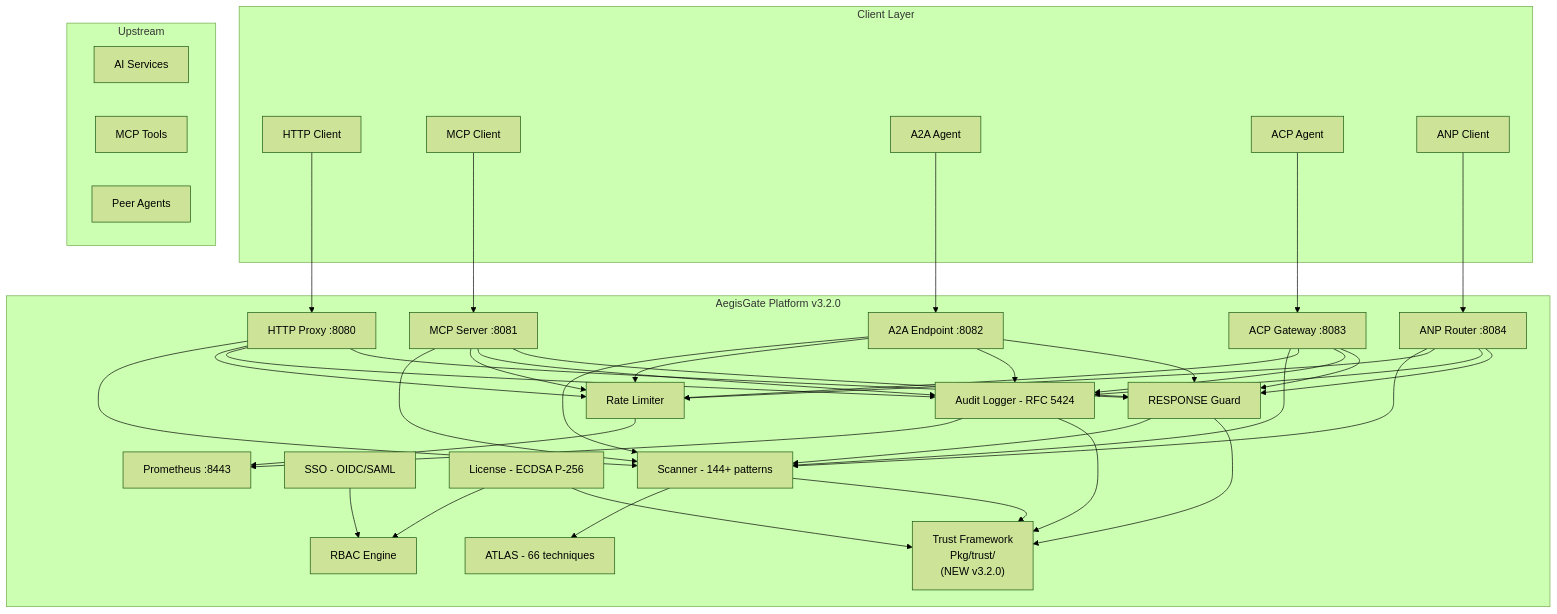
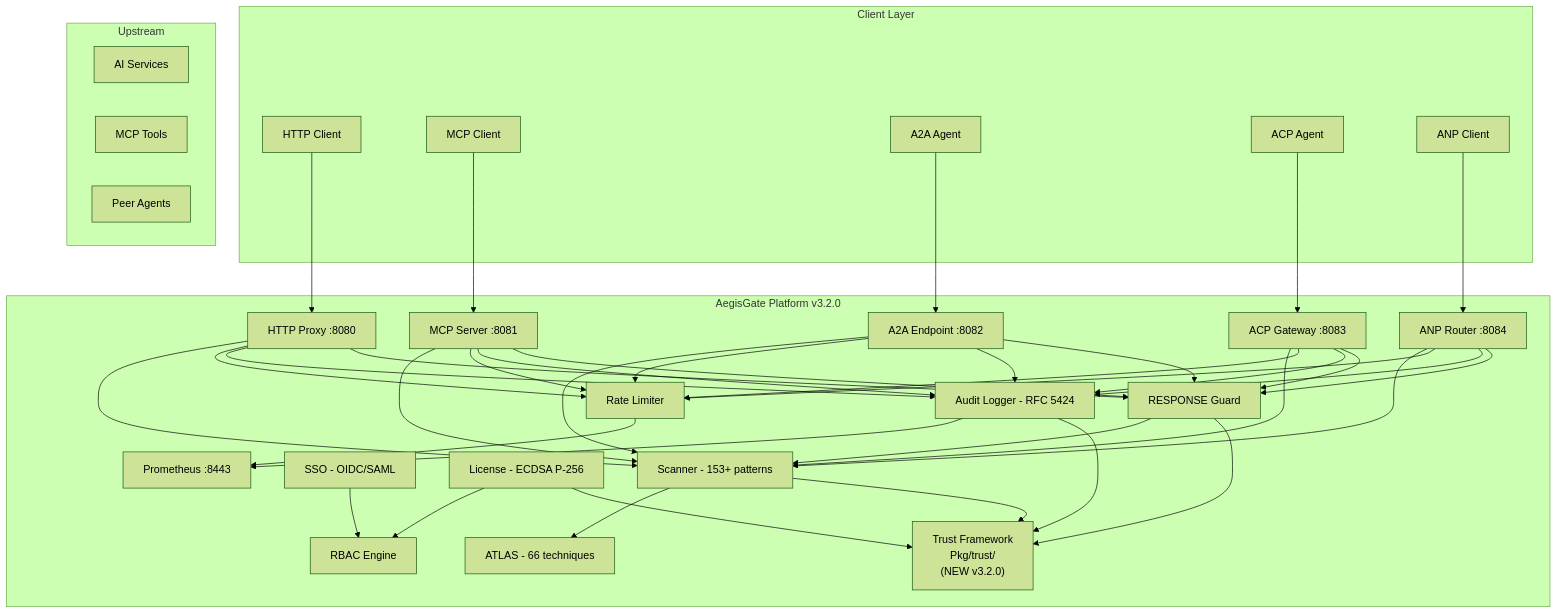
Before and after one commit to aegisgatesecurity/aegisgate-site: the diagram in content/tech.md, drawn with Mermaid (forest theme). The commit also changed other lines of this file and 23 other files, not shown here.

```diff
--- a/content/tech.md
+++ b/content/tech.md
@@ -11,61 +11,61 @@
 {{< mermaid >}}
 flowchart TB
     subgraph Client["Client Layer"]
         A["HTTP Client"]
         B["MCP Client"]
         C["A2A Agent"]
         D["ACP Agent"]
         E["ANP Client"]
     end
 
     subgraph AegisGate["AegisGate Platform v3.2.0"]
         G["HTTP Proxy :8080"]
         H["MCP Server :8081"]
         I["A2A Endpoint :8082"]
         J["ACP Gateway :8083"]
         K["ANP Router :8084"]
         L["RESPONSE Guard"]
         TR["Trust Framework\nPkg/trust/\n(NEW v3.2.0)"]
 
-        M["Scanner - 144+ patterns"]
+        M["Scanner - 153+ patterns"]
         N["ATLAS - 66 techniques"]
         O["Rate Limiter"]
         P["Audit Logger - RFC 5424"]
 
         Q["SSO - OIDC/SAML"]
         R["RBAC Engine"]
         S["License - ECDSA P-256"]
 
         T["Prometheus :8443"]
     end
 
     subgraph Upstream["Upstream"]
         U["AI Services"]
         V["MCP Tools"]
         W["Peer Agents"]
     end
 
     A --> G
     B --> H
     C --> I
     D --> J
     E --> K
 
     G --> M & O & P & L
     H --> M & O & P & L
     I --> M & O & P & L
     J --> M & O & P & L
     K --> M & O & P & L
 
     M --> N
     L --> M
     O --> T
     P --> T
     Q --> R
     S --> R
 
     M --> TR
     L --> TR
     P --> TR
     S --> TR
 {{< /mermaid >}}
```
